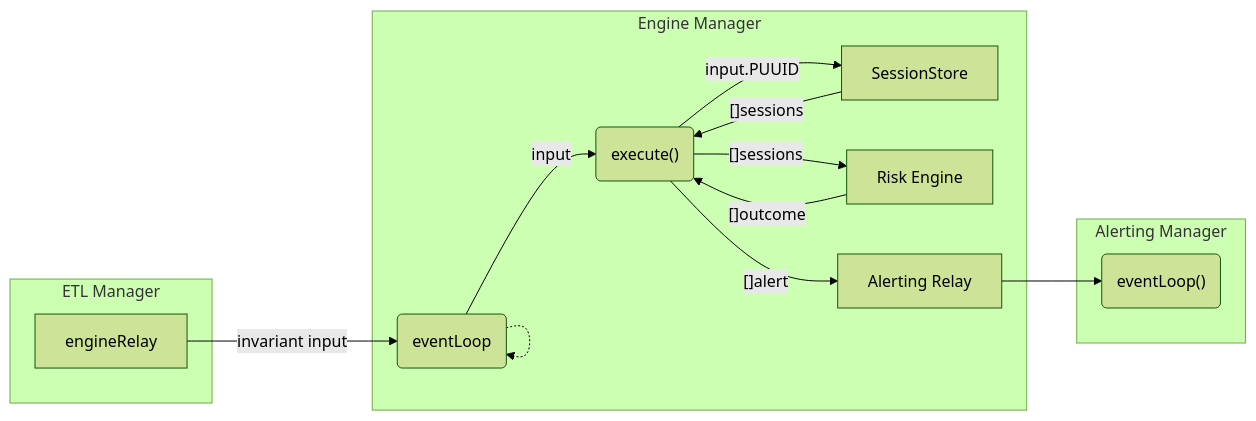
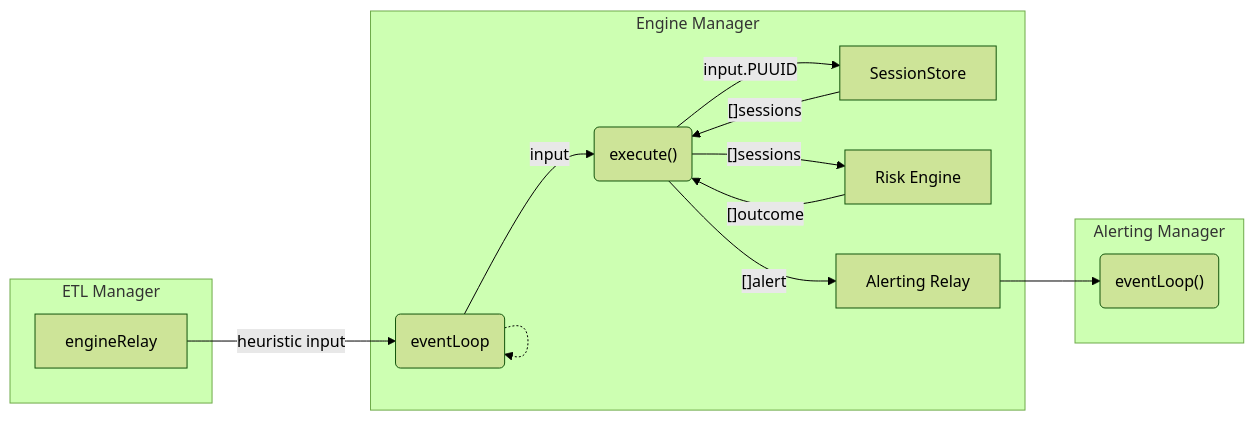
Before and after one commit to base-org/pessimism: the diagram in docs/architecture/engine.markdown, drawn with Mermaid (forest theme). The commit also changed other lines of this file and 73 other files, not shown here.

Commit message:
Changed `invariant` Abstraction to `Heuristic` (#128)

```diff
--- a/docs/architecture/engine.markdown
+++ b/docs/architecture/engine.markdown
@@ -20,20 +20,20 @@
 <div class="mermaid">
 graph LR;
     subgraph A["Engine Manager"]
         C(eventLoop) -.->  C;
         C --> |input|D("execute()")
         D --> |input.PUUID|E[SessionStore]
         E --> |"[]sessions"|D
         D --> |"[]sessions"|F[Risk Engine]
         F --> |"[]outcome"|D
         D --> |"[]alert"|G[Alerting Relay]
     end
 
     subgraph AA["ETL Manager"]
-        Z["engineRelay"] --> |"invariant input"|C
+        Z["engineRelay"] --> |"heuristic input"|C
     end
 
     subgraph AAA["Alerting Manager"]
         G --> FF("eventLoop()")
     end
 </div>
```
